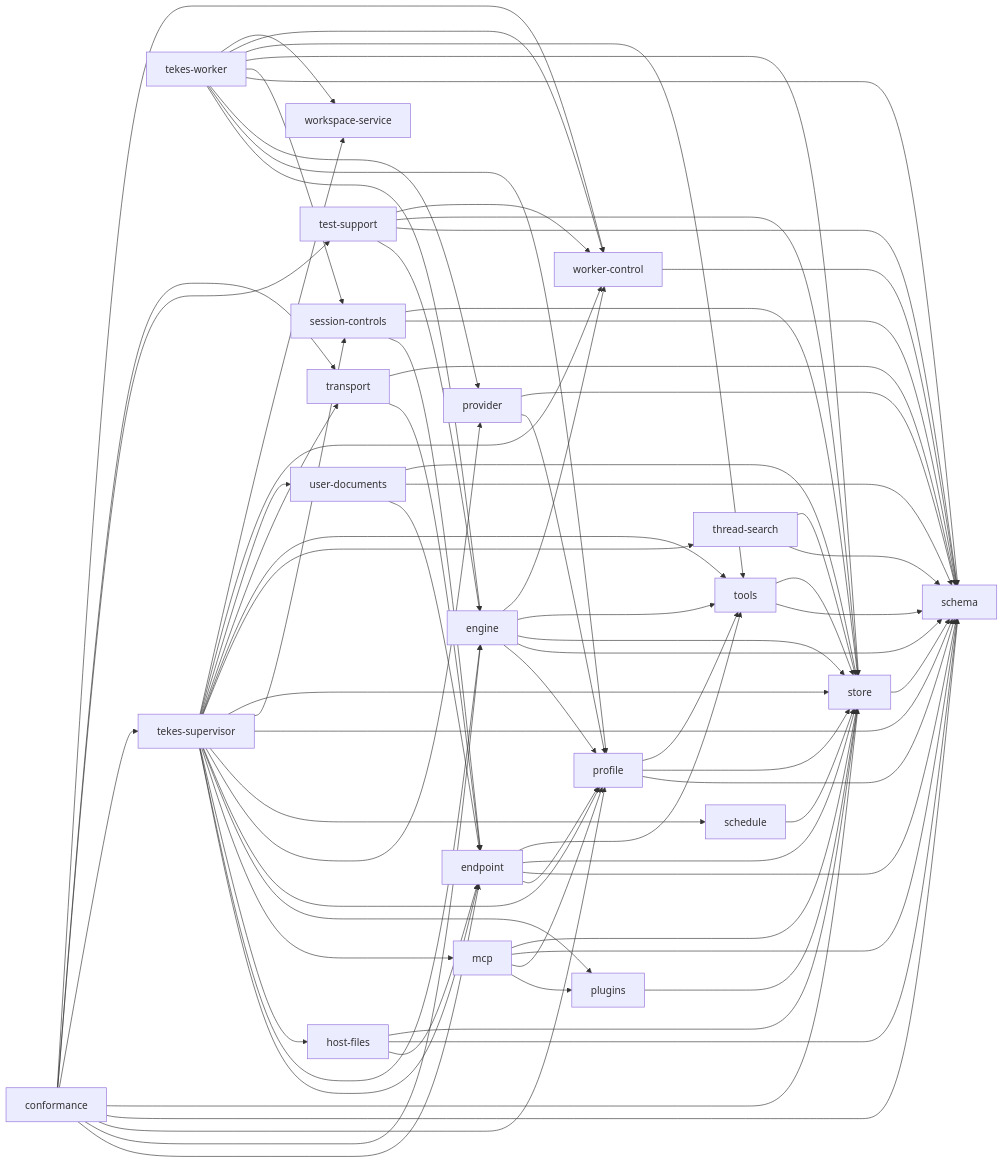
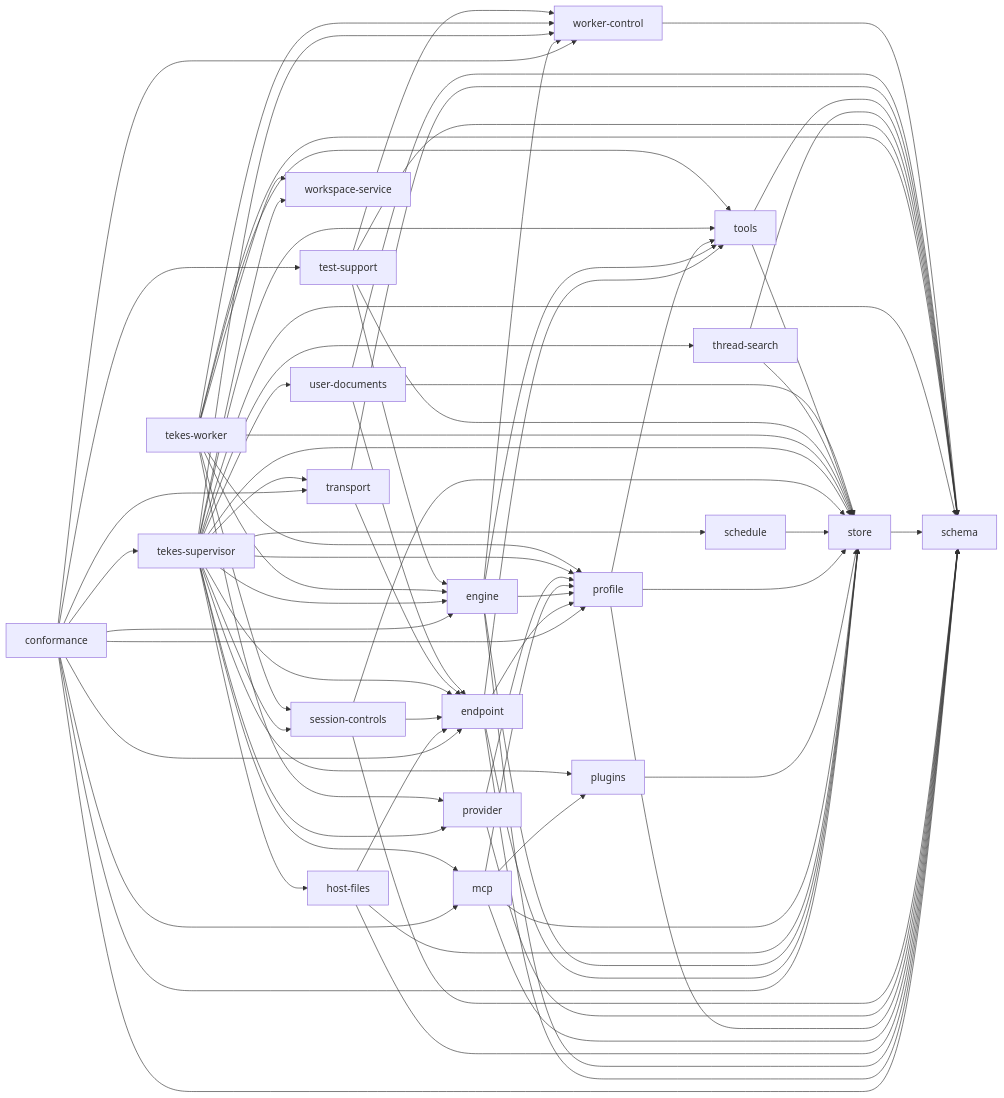
The diagram in docs/architecture/generated/dependencies.mmd (TekesApps/TekesKernel), drawn with Mermaid before and after one commit. The commit also changed 54 other files, not shown here.

First line of the commit message:
Refuse an MCP tool alone, not its whole server (per-tool schema projection) (#51)

```diff
--- a/docs/architecture/generated/dependencies.mmd
+++ b/docs/architecture/generated/dependencies.mmd
@@ -1,98 +1,99 @@
 flowchart LR
   p0["conformance"]
   p1["endpoint"]
   p2["engine"]
   p3["host-files"]
   p4["mcp"]
   p5["plugins"]
   p6["profile"]
   p7["provider"]
   p8["schedule"]
   p9["schema"]
   p10["session-controls"]
   p11["store"]
   p12["tekes-supervisor"]
   p13["tekes-worker"]
   p14["test-support"]
   p15["thread-search"]
   p16["tools"]
   p17["transport"]
   p18["user-documents"]
   p19["worker-control"]
   p20["workspace-service"]
   p0 --> p1
   p0 --> p2
+  p0 --> p4
   p0 --> p6
   p0 --> p9
   p0 --> p11
   p0 --> p12
   p0 --> p14
   p0 --> p17
   p0 --> p19
   p1 --> p6
   p1 --> p9
   p1 --> p11
   p1 --> p16
   p2 --> p6
   p2 --> p9
   p2 --> p11
   p2 --> p16
   p2 --> p19
   p3 --> p1
   p3 --> p9
   p3 --> p11
   p4 --> p5
   p4 --> p6
   p4 --> p9
   p4 --> p11
   p5 --> p11
   p6 --> p9
   p6 --> p11
   p6 --> p16
   p7 --> p6
   p7 --> p9
   p8 --> p11
   p10 --> p1
   p10 --> p9
   p10 --> p11
   p11 --> p9
   p12 --> p1
   p12 --> p2
   p12 --> p3
   p12 --> p4
   p12 --> p5
   p12 --> p6
   p12 --> p7
   p12 --> p8
   p12 --> p9
   p12 --> p10
   p12 --> p11
   p12 --> p15
   p12 --> p16
   p12 --> p17
   p12 --> p18
   p12 --> p19
   p12 --> p20
   p13 --> p2
   p13 --> p6
   p13 --> p7
   p13 --> p9
   p13 --> p10
   p13 --> p11
   p13 --> p16
   p13 --> p19
   p13 --> p20
   p14 --> p2
   p14 --> p9
   p14 --> p11
   p14 --> p19
   p15 --> p9
   p15 --> p11
   p16 --> p9
   p16 --> p11
   p17 --> p1
   p17 --> p9
   p18 --> p1
   p18 --> p9
   p18 --> p11
   p19 --> p9
```
